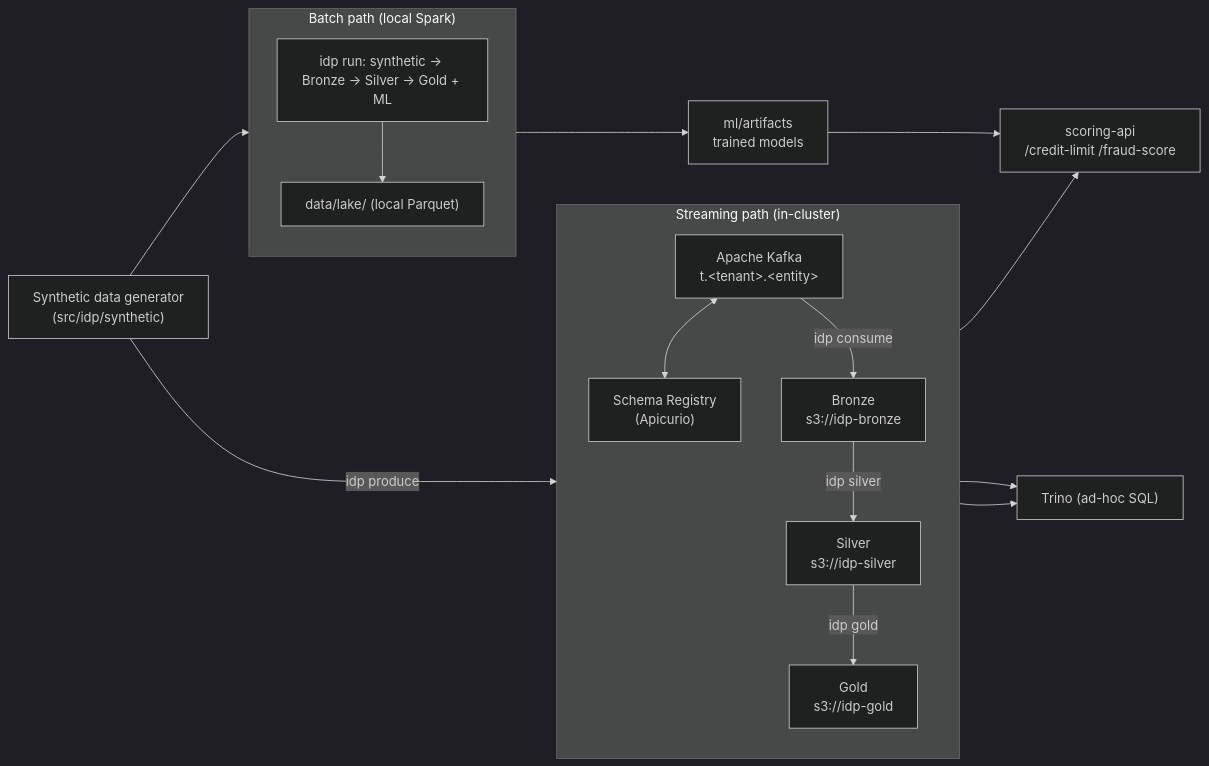
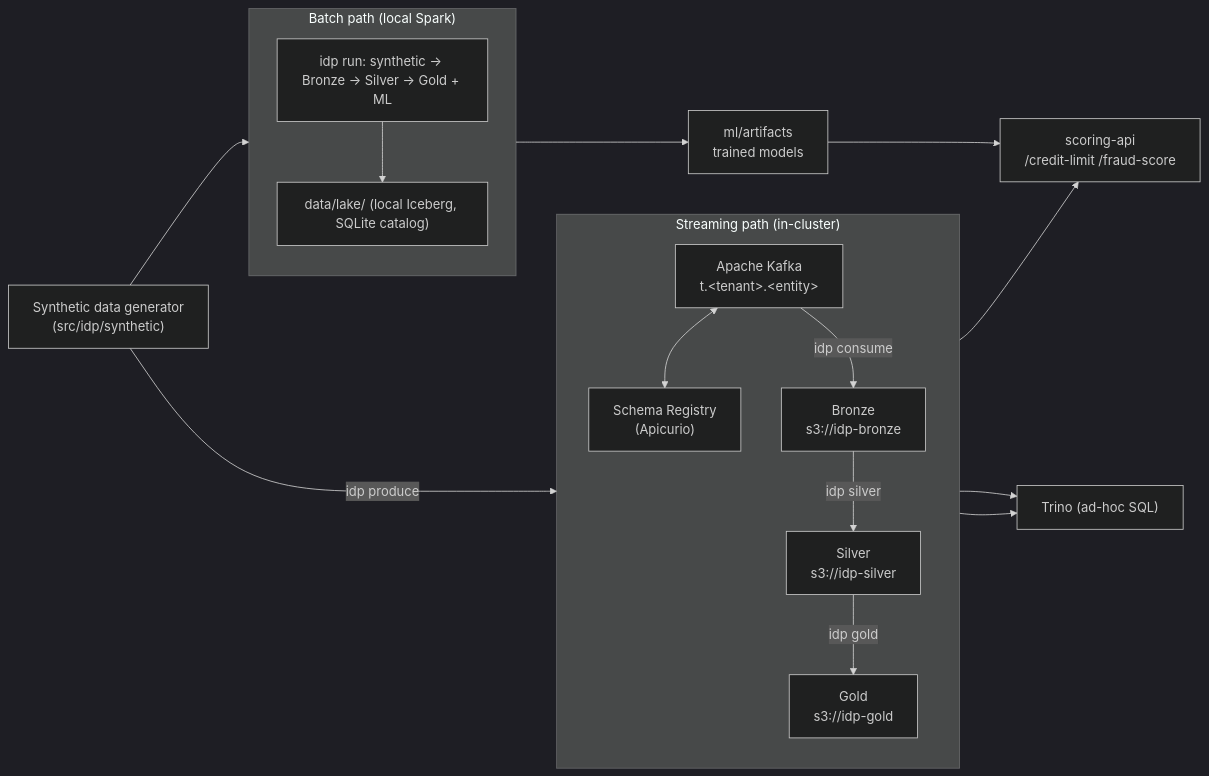
The first of 2 diagrams in README.md (vikasagarwal2485/intelligent_data_platform), drawn with Mermaid (dark theme) before and after one commit. The commit also changed other lines of this file and 82 other files, not shown here.

````diff
--- a/README.md
+++ b/README.md
@@ -99,33 +100,33 @@
 ```mermaid
 flowchart LR
     SYN["Synthetic data generator<br/>(src/idp/synthetic)"]
 
     subgraph BATCH["Batch path (local Spark)"]
       direction TB
       B_ALL["idp run: synthetic → Bronze → Silver → Gold + ML"]
-      B_OUT["data/lake/ (local Parquet)"]
+      B_OUT["data/lake/ (local Iceberg, SQLite catalog)"]
       B_ALL --> B_OUT
     end
 
     subgraph STREAM["Streaming path (in-cluster)"]
       direction TB
       KAFKA["Apache Kafka<br/>t.&lt;tenant&gt;.&lt;entity&gt;"]
       SR["Schema Registry<br/>(Apicurio)"]
       BRONZE["Bronze<br/>s3://idp-bronze"]
       SILVER["Silver<br/>s3://idp-silver"]
       GOLD["Gold<br/>s3://idp-gold"]
       KAFKA <--> SR
       KAFKA -->|idp consume| BRONZE
       BRONZE -->|idp silver| SILVER
       SILVER -->|idp gold| GOLD
     end
 
     SYN --> B_ALL
     SYN -->|idp produce| KAFKA
 
     GOLD --> API["scoring-api<br/>/credit-limit /fraud-score"]
     B_OUT --> MODELS["ml/artifacts<br/>trained models"]
     MODELS --> API
     SILVER --> TRINO["Trino (ad-hoc SQL)"]
     GOLD --> TRINO
 ```
````
